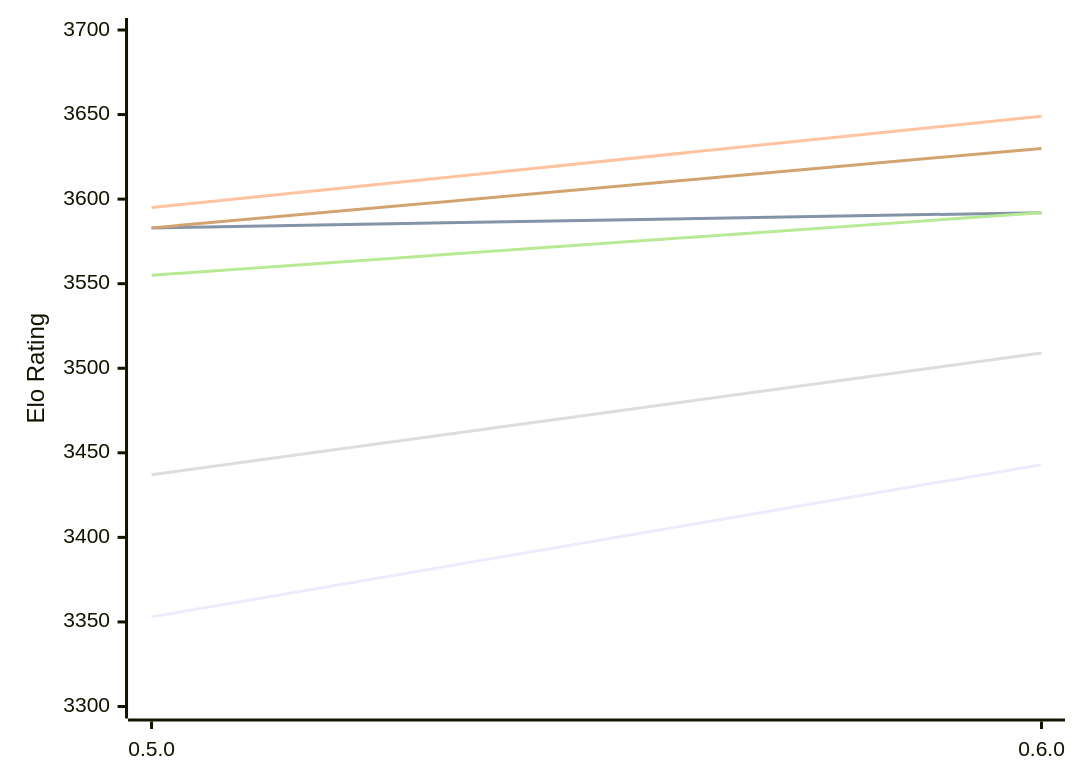
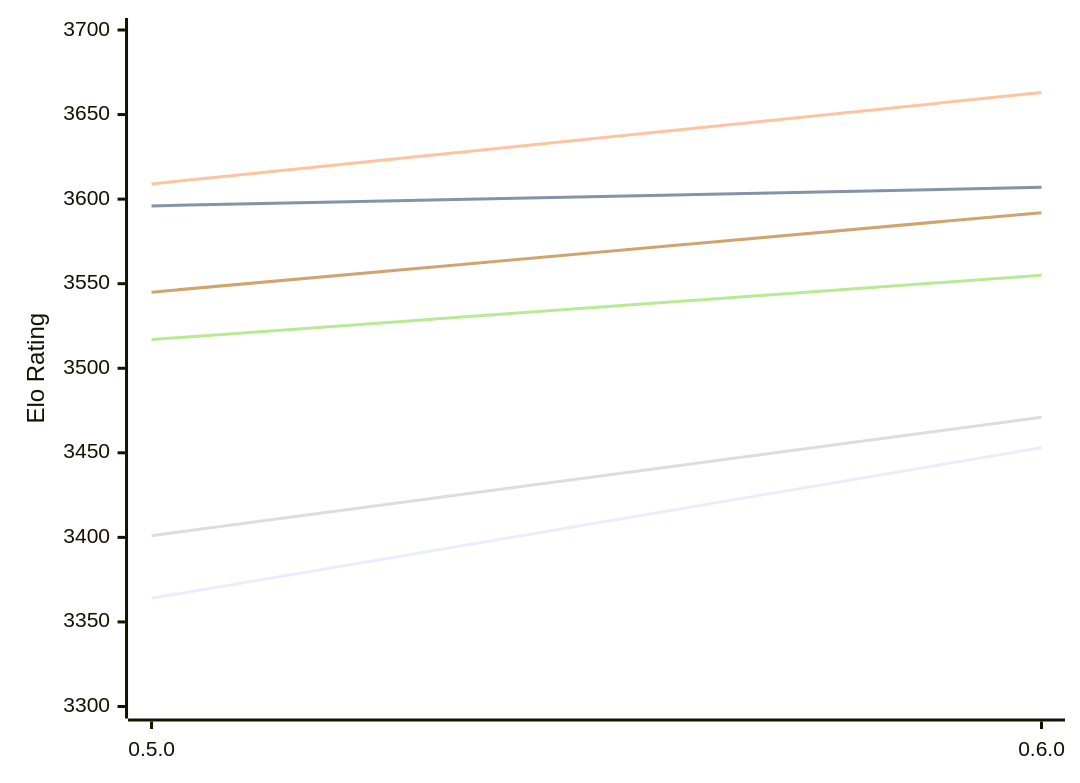
One commit to computer-chess-index/cci changed the diagram in engines/Incipit.md. Above: the diagram before and after it, drawn with Mermaid. The commit also changed other lines of this file, not shown here.

Commit message:
Update CCI Ratings (ELO VLTC) - 2026-11-14

````diff
--- a/engines/Incipit.md
+++ b/engines/Incipit.md
@@ -49,12 +49,12 @@
 ```mermaid
 %%{init: {"theme":"base","themeVariables":{"seriesColors:['#a3a3a3','#222221','#faa371']}}}%%
 xychart-beta
   x-axis ["0.5.0", "0.6.0"]
   y-axis "Elo Rating" 3300 --> 3700
-  line "E1: STC (8.0+0.08s)" [3353, 3443]
-  line "E1: LTC (60.0+0.60s)" [3583, 3592]
-  line "E1: VLTC (2m24s+1.12s)" [3595, 3649]
-  line "P1: STC (8.0+0.08s)" [3437, 3509]
-  line "P1: LTC (60.0+0.60s)" [3555, 3592]
-  line "P1: VLTC (2m24s+1.12s)" [3583, 3630]
+  line "E1: STC (8.0+0.08s)" [3364, 3453]
+  line "E1: LTC (60.0+0.60s)" [3596, 3607]
+  line "E1: VLTC (2m24s+1.12s)" [3609, 3663]
+  line "P1: STC (8.0+0.08s)" [3401, 3471]
+  line "P1: LTC (60.0+0.60s)" [3517, 3555]
+  line "P1: VLTC (2m24s+1.12s)" [3545, 3592]
 ```
````
